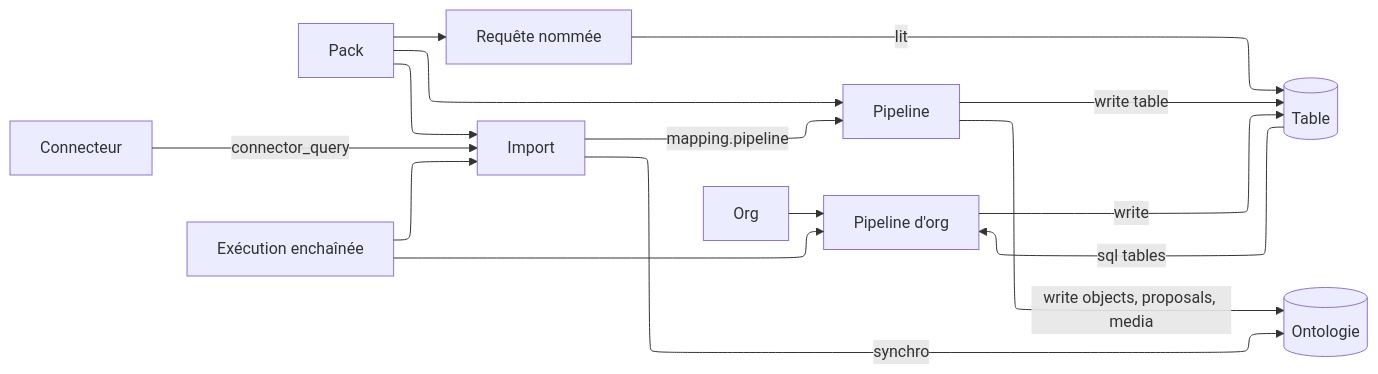
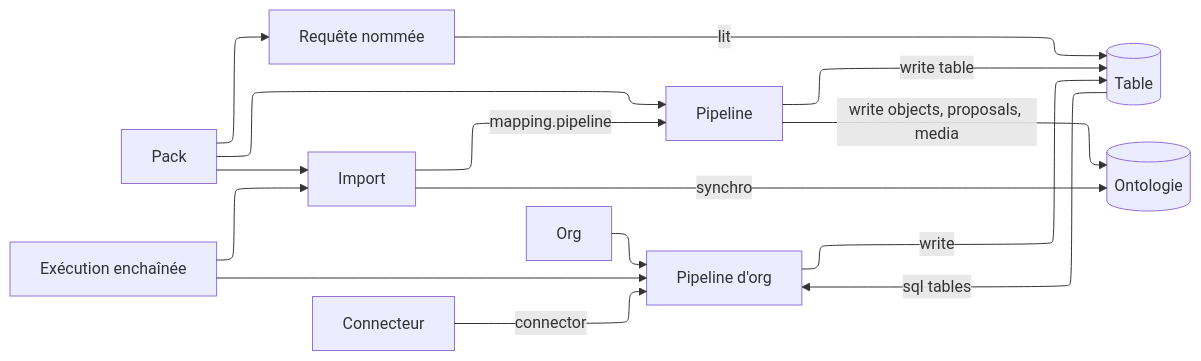
Before and after one commit to Pnex/pnex-rs: the first of 18 diagrams in docs/architecture/pipelines.md, drawn with Mermaid. The commit also changed other lines of this file and 32 other files, not shown here.

````diff
--- a/docs/architecture/pipelines.md
+++ b/docs/architecture/pipelines.md
@@ -23,21 +22,21 @@
 ```mermaid
 ---
 config:
   layout: elk
 ---
 flowchart LR
   pack[Pack] --> pl[Pipeline]
   pack --> nq[Requête nommée]
   pack --> imp[Import]
   pl -->|write table| tab[(Table)]
   pl -->|write objects, proposals, media| ont[(Ontologie)]
   imp -->|mapping.pipeline| pl
   imp -->|synchro| ont
   org[Org] --> po[Pipeline d'org]
   po -->|write| tab
   tab -->|sql tables| po
-  con[Connecteur] -->|connector_query| imp
+  con[Connecteur] -->|connector| po
   eb[Exécution enchaînée] --> imp
   eb --> po
   nq -->|lit| tab
 ```
````
